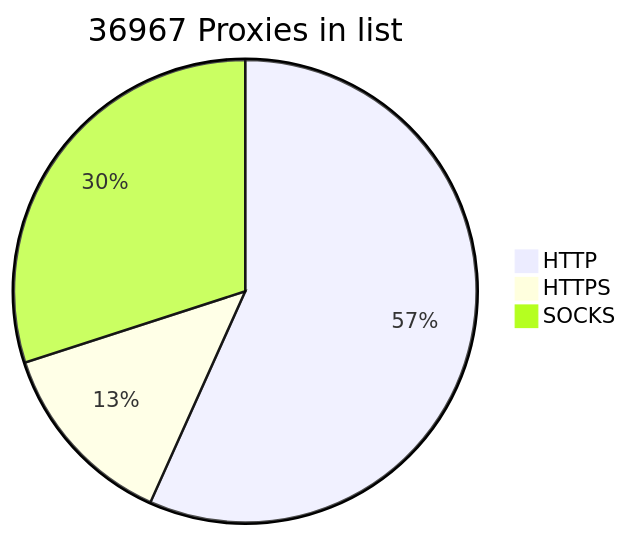
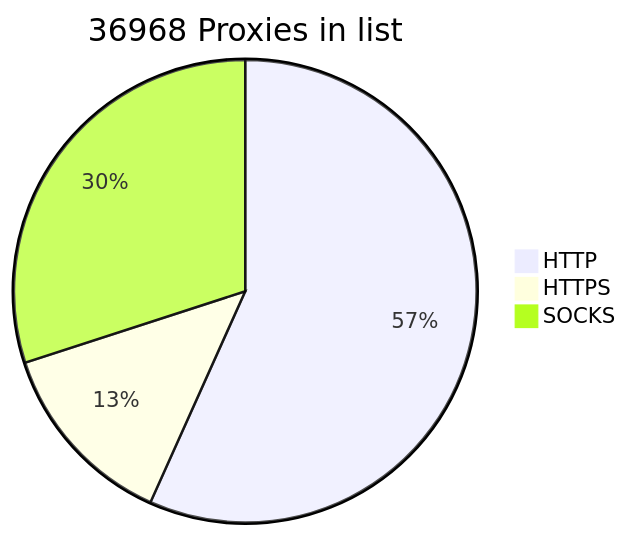
Before and after one commit to BlackSnowDot/proxylist-update-every-minute: the diagram in README.md, drawn with Mermaid. The commit also changed other lines of this file, not shown here.

````diff
--- a/README.md
+++ b/README.md
@@ -2,6 +2,6 @@
 ```mermaid
-pie title 36967 Proxies in list
-    "HTTP" : 23309
+pie title 36968 Proxies in list
+    "HTTP" : 23308
     "HTTPS": 5462
-    "SOCKS" : 12323
+    "SOCKS" : 12324
 ```
````
